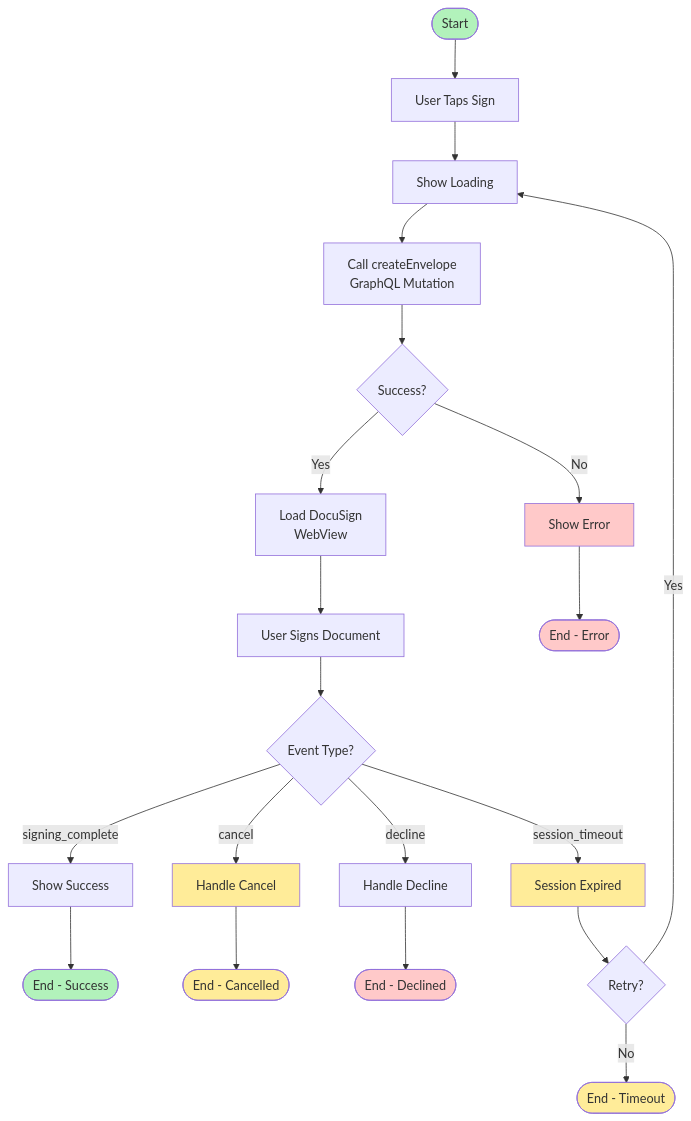
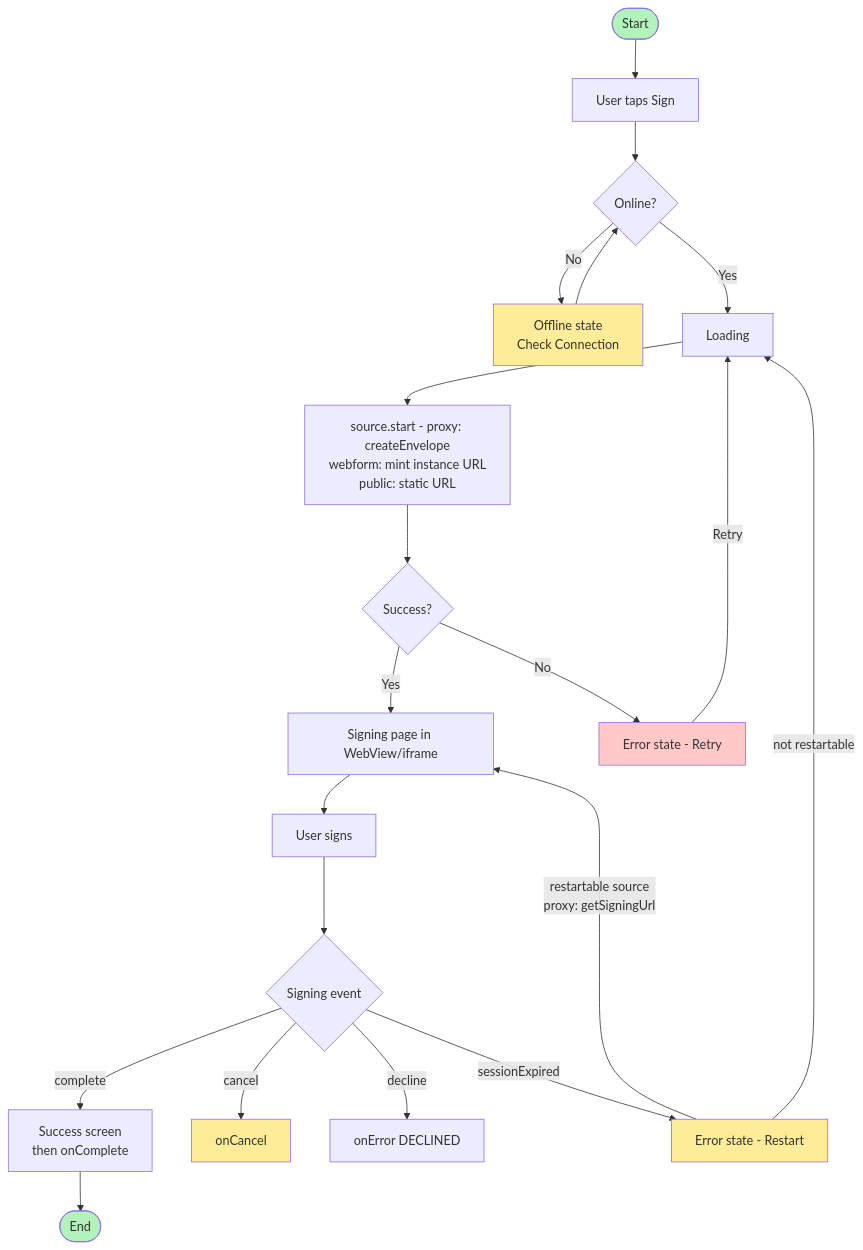
The third of 8 diagrams in docs/diagrams/mermaid-diagrams.md (blinkbitcoin/esign), drawn with Mermaid before and after one commit. The commit also changed other lines of this file and 92 other files, not shown here.

First line of the commit message:
Rename core package to @blinkbitcoin/esign-core; diagrams + skill regenerated

````diff
--- a/docs/diagrams/mermaid-diagrams.md
+++ b/docs/diagrams/mermaid-diagrams.md
@@ -99,36 +107,34 @@
 ```mermaid
 flowchart TD
-    START([Start]) --> TAP[User Taps Sign]
-    TAP --> LOADING[Show Loading]
-    LOADING --> CREATE[Call createEnvelope<br/>GraphQL Mutation]
+    START([Start]) --> TAP[User taps Sign]
+    TAP --> NET{Online?}
+    NET -->|No| OFFLINE[Offline state<br/>Check Connection]
+    OFFLINE --> NET
+    NET -->|Yes| LOADING[Loading]
+    LOADING --> CREATE[source.start - proxy: createEnvelope<br/>webform: mint instance URL<br/>public: static URL]
     CREATE --> SUCCESS{Success?}
 
-    SUCCESS -->|Yes| WEBVIEW[Load DocuSign<br/>WebView]
-    SUCCESS -->|No| ERROR[Show Error]
+    SUCCESS -->|Yes| WEBVIEW[Signing page in WebView/iframe]
+    SUCCESS -->|No| ERROR[Error state - Retry]
 
-    WEBVIEW --> SIGN[User Signs Document]
-    SIGN --> EVENT{Event Type?}
+    WEBVIEW --> SIGN[User signs]
+    SIGN --> EVENT{Signing event}
 
-    EVENT -->|signing_complete| SHOW_SUCCESS[Show Success]
-    EVENT -->|cancel| CANCEL[Handle Cancel]
-    EVENT -->|decline| DECLINE[Handle Decline]
-    EVENT -->|session_timeout| TIMEOUT[Session Expired]
+    EVENT -->|complete| SHOW_SUCCESS[Success screen<br/>then onComplete]
+    EVENT -->|cancel| CANCEL[onCancel]
+    EVENT -->|decline| DECLINE[onError DECLINED]
+    EVENT -->|sessionExpired| TIMEOUT[Error state - Restart]
 
-    SHOW_SUCCESS --> END_SUCCESS([End - Success])
-    CANCEL --> END_CANCEL([End - Cancelled])
-    DECLINE --> END_DECLINE([End - Declined])
-    TIMEOUT --> RETRY{Retry?}
-    RETRY -->|Yes| LOADING
-    RETRY -->|No| END_TIMEOUT([End - Timeout])
-    ERROR --> END_ERROR([End - Error])
+    TIMEOUT -->|restartable source<br/>proxy: getSigningUrl| WEBVIEW
+    TIMEOUT -->|not restartable| LOADING
+    ERROR -->|Retry| LOADING
+
+    SHOW_SUCCESS --> END_SUCCESS([End])
 
     style START fill:#b2f2bb
     style END_SUCCESS fill:#b2f2bb
     style ERROR fill:#ffc9c9
-    style END_ERROR fill:#ffc9c9
-    style END_DECLINE fill:#ffc9c9
     style CANCEL fill:#ffec99
-    style END_CANCEL fill:#ffec99
     style TIMEOUT fill:#ffec99
-    style END_TIMEOUT fill:#ffec99
+    style OFFLINE fill:#ffec99
 ```
````
